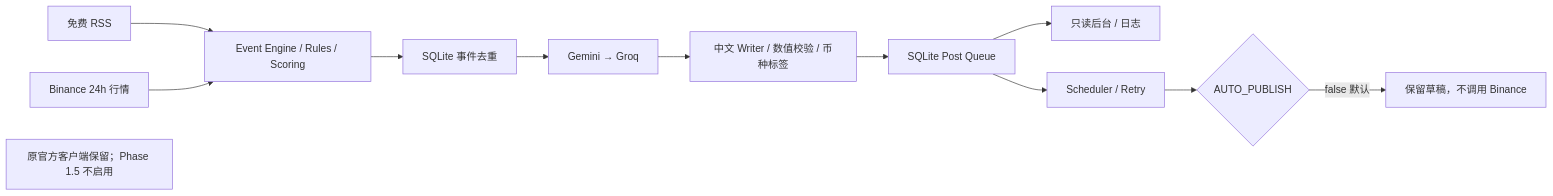
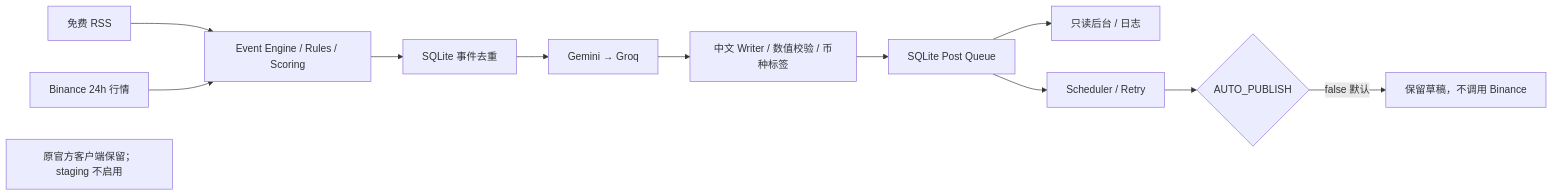
Before and after one commit to xingxinghuisi/binance-square-ai: the diagram in README.zh-CN.md, drawn with Mermaid. The commit also changed other lines of this file and 20 other files, not shown here.

````diff
--- a/README.zh-CN.md
+++ b/README.zh-CN.md
@@ -119,14 +145,14 @@
 ```mermaid
 flowchart LR
     RSS[免费 RSS] --> E[Event Engine / Rules / Scoring]
     Market[Binance 24h 行情] --> E
     E --> D[SQLite 事件去重]
     D --> AI[Gemini → Groq]
     AI --> W[中文 Writer / 数值校验 / 币种标签]
     W --> Q[SQLite Post Queue]
     Q --> UI[只读后台 / 日志]
     Q --> S[Scheduler / Retry]
     S --> Gate{AUTO_PUBLISH}
     Gate -->|false 默认| Hold[保留草稿，不调用 Binance]
-    Pub[原官方客户端保留；Phase 1.5 不启用]
+    Pub[原官方客户端保留；staging 不启用]
 ```
````
